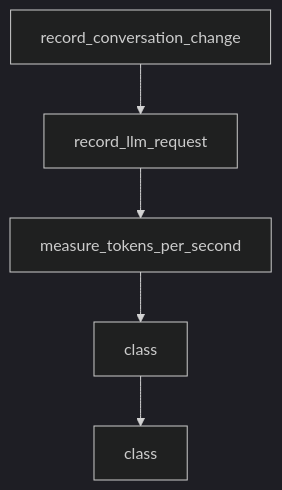
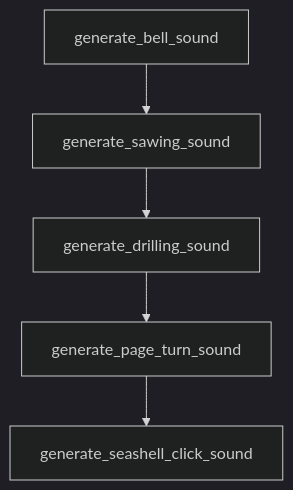
Before and after one commit to johnxie/awesome-code-docs: the diagram in tutorials/gptme-tutorial/06-mcp-acp-and-plugin-extensibility.md, drawn with Mermaid (dark theme). The commit also changed other lines of this file and 1232 other files, not shown here.

````diff
--- a/tutorials/gptme-tutorial/06-mcp-acp-and-plugin-extensibility.md
+++ b/tutorials/gptme-tutorial/06-mcp-acp-and-plugin-extensibility.md
@@ -211,12 +209,12 @@
 ```mermaid
 flowchart TD
-    A[record_conversation_change]
-    B[record_llm_request]
-    C[measure_tokens_per_second]
-    D[class]
-    E[class]
+    A[generate_bell_sound]
+    B[generate_sawing_sound]
+    C[generate_drilling_sound]
+    D[generate_page_turn_sound]
+    E[generate_seashell_click_sound]
     A --> B
     B --> C
     C --> D
     D --> E
 ```
````
